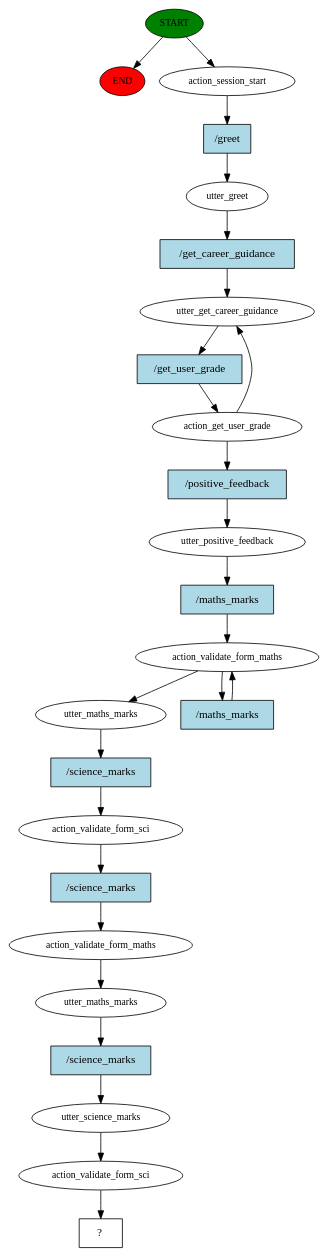
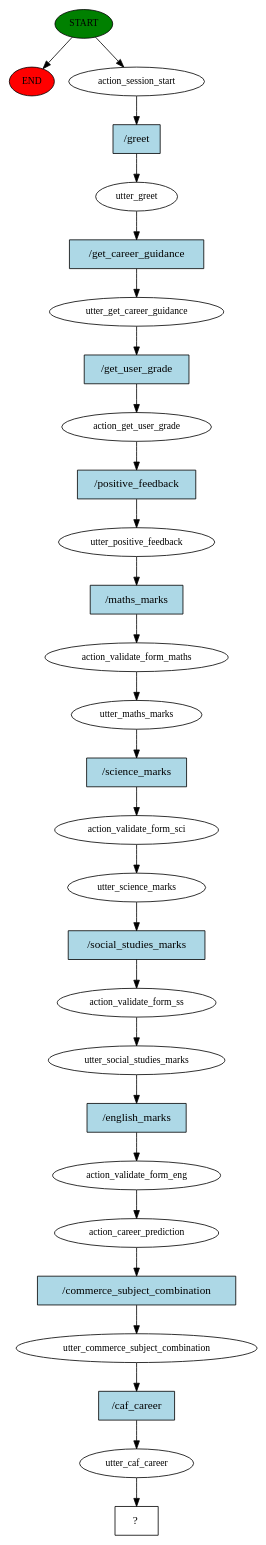
Before and after one commit to VarunKale08/Career-Counselling-Chatbot-using-Rasa: the diagram in story_graph.dot, drawn with Graphviz. The commit also changed 830 other files, not shown here.

```diff
--- a/story_graph.dot
+++ b/story_graph.dot
@@ -1,51 +1,57 @@
 digraph  {
 0 [class="start active", fillcolor=green, fontsize=12, label=START, style=filled];
 "-1" [class=end, fillcolor=red, fontsize=12, label=END, style=filled];
 1 [class=active, fontsize=12, label=action_session_start];
 2 [class=active, fontsize=12, label=utter_greet];
 3 [class=active, fontsize=12, label=utter_get_career_guidance];
 4 [class=active, fontsize=12, label=action_get_user_grade];
-7 [class=active, fontsize=12, label=utter_positive_feedback];
-8 [class=active, fontsize=12, label=action_validate_form_maths];
-10 [class=active, fontsize=12, label=utter_maths_marks];
-11 [class=active, fontsize=12, label=action_validate_form_sci];
-12 [class=active, fontsize=12, label=action_validate_form_maths];
-13 [class=active, fontsize=12, label=utter_maths_marks];
-14 [class=active, fontsize=12, label=utter_science_marks];
-15 [class=active, fontsize=12, label=action_validate_form_sci];
+5 [class=active, fontsize=12, label=utter_positive_feedback];
+6 [class=active, fontsize=12, label=action_validate_form_maths];
+7 [class=active, fontsize=12, label=utter_maths_marks];
+8 [class=active, fontsize=12, label=action_validate_form_sci];
+9 [class=active, fontsize=12, label=utter_science_marks];
+10 [class=active, fontsize=12, label=action_validate_form_ss];
+11 [class=active, fontsize=12, label=utter_social_studies_marks];
+12 [class=active, fontsize=12, label=action_validate_form_eng];
+13 [class=active, fontsize=12, label=action_career_prediction];
+14 [class=active, fontsize=12, label=utter_commerce_subject_combination];
+15 [class=active, fontsize=12, label=utter_caf_career];
 16 [class="intent dashed active", label="  ?  ", shape=rect];
 17 [class="intent active", fillcolor=lightblue, label="/greet", shape=rect, style=filled];
 18 [class="intent active", fillcolor=lightblue, label="/get_career_guidance", shape=rect, style=filled];
 19 [class="intent active", fillcolor=lightblue, label="/get_user_grade", shape=rect, style=filled];
 20 [class="intent active", fillcolor=lightblue, label="/positive_feedback", shape=rect, style=filled];
 21 [class="intent active", fillcolor=lightblue, label="/maths_marks", shape=rect, style=filled];
-22 [class="intent active", fillcolor=lightblue, label="/maths_marks", shape=rect, style=filled];
-23 [class="intent active", fillcolor=lightblue, label="/science_marks", shape=rect, style=filled];
-24 [class="intent active", fillcolor=lightblue, label="/science_marks", shape=rect, style=filled];
-25 [class="intent active", fillcolor=lightblue, label="/science_marks", shape=rect, style=filled];
+22 [class="intent active", fillcolor=lightblue, label="/science_marks", shape=rect, style=filled];
+23 [class="intent active", fillcolor=lightblue, label="/social_studies_marks", shape=rect, style=filled];
+24 [class="intent active", fillcolor=lightblue, label="/english_marks", shape=rect, style=filled];
+25 [class="intent active", fillcolor=lightblue, label="/commerce_subject_combination", shape=rect, style=filled];
+26 [class="intent active", fillcolor=lightblue, label="/caf_career", shape=rect, style=filled];
 0 -> "-1"  [class="", key=NONE, label=""];
 0 -> 1  [class=active, key=NONE, label=""];
 1 -> 17  [class=active, key=0];
 2 -> 18  [class=active, key=0];
 3 -> 19  [class=active, key=0];
-4 -> 3  [class=active, key=NONE, label=""];
 4 -> 20  [class=active, key=0];
-7 -> 21  [class=active, key=0];
-8 -> 10  [class=active, key=NONE, label=""];
-8 -> 22  [class=active, key=0];
-10 -> 23  [class=active, key=0];
+5 -> 21  [class=active, key=0];
+6 -> 7  [class=active, key=NONE, label=""];
+7 -> 22  [class=active, key=0];
+8 -> 9  [class=active, key=NONE, label=""];
+9 -> 23  [class=active, key=0];
+10 -> 11  [class=active, key=NONE, label=""];
 11 -> 24  [class=active, key=0];
 12 -> 13  [class=active, key=NONE, label=""];
 13 -> 25  [class=active, key=0];
-14 -> 15  [class=active, key=NONE, label=""];
+14 -> 26  [class=active, key=0];
 15 -> 16  [class=active, key=NONE, label=""];
 17 -> 2  [class=active, key=0];
 18 -> 3  [class=active, key=0];
 19 -> 4  [class=active, key=0];
-20 -> 7  [class=active, key=0];
-21 -> 8  [class=active, key=0];
+20 -> 5  [class=active, key=0];
+21 -> 6  [class=active, key=0];
 22 -> 8  [class=active, key=0];
-23 -> 11  [class=active, key=0];
+23 -> 10  [class=active, key=0];
 24 -> 12  [class=active, key=0];
 25 -> 14  [class=active, key=0];
+26 -> 15  [class=active, key=0];
 }
```
